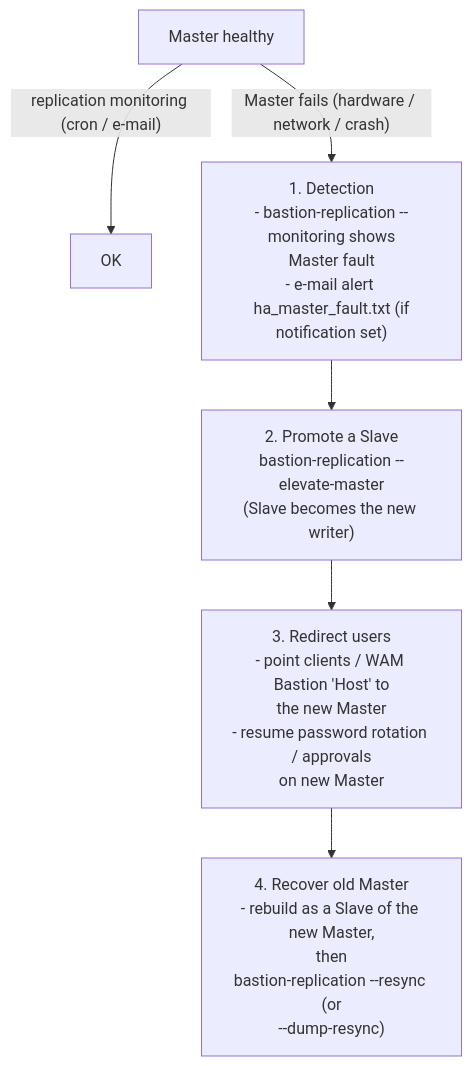
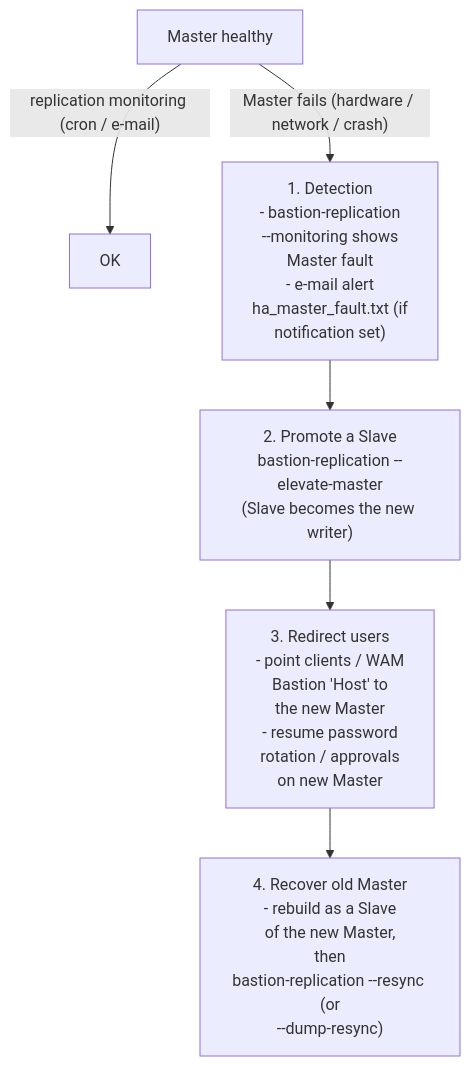
Before and after one commit to morandeirachema/WallixCerts: the fifth of 5 diagrams in certs/wallix/deep-dives/high-availability-and-dr.md, drawn with Mermaid. The commit also changed other lines of this file and 35 other files, not shown here.

First line of the commit message:
Tidy Mermaid boxes: balanced wrapping at a narrower width (36)

````diff
--- a/certs/wallix/deep-dives/high-availability-and-dr.md
+++ b/certs/wallix/deep-dives/high-availability-and-dr.md
@@ -241,8 +241,8 @@
 ```mermaid
 flowchart TD
     Healthy["Master healthy"] -->|"replication monitoring (cron / e-mail)"| OK["OK"]
-    Healthy -->|"Master fails (hardware / network / crash)"| Detect["1. Detection<br/>- bastion-replication --monitoring shows<br/>Master fault<br/>- e-mail alert ha_master_fault.txt (if<br/>notification set)"]
+    Healthy -->|"Master fails (hardware / network / crash)"| Detect["1. Detection<br/>- bastion-replication<br/>--monitoring shows<br/>Master fault<br/>- e-mail alert<br/>ha_master_fault.txt (if<br/>notification set)"]
     Detect --> Promote["2. Promote a Slave<br/>bastion-replication --elevate-master<br/>(Slave becomes the new writer)"]
-    Promote --> Redirect["3. Redirect users<br/>- point clients / WAM Bastion 'Host' to<br/>the new Master<br/>- resume password rotation / approvals<br/>on new Master"]
-    Redirect --> Recover["4. Recover old Master<br/>- rebuild as a Slave of the new Master,<br/>then<br/>bastion-replication --resync (or<br/>--dump-resync)"]
+    Promote --> Redirect["3. Redirect users<br/>- point clients / WAM<br/>Bastion 'Host' to<br/>the new Master<br/>- resume password<br/>rotation / approvals<br/>on new Master"]
+    Redirect --> Recover["4. Recover old Master<br/>- rebuild as a Slave<br/>of the new Master,<br/>then<br/>bastion-replication --resync (or<br/>--dump-resync)"]
 ```
````
